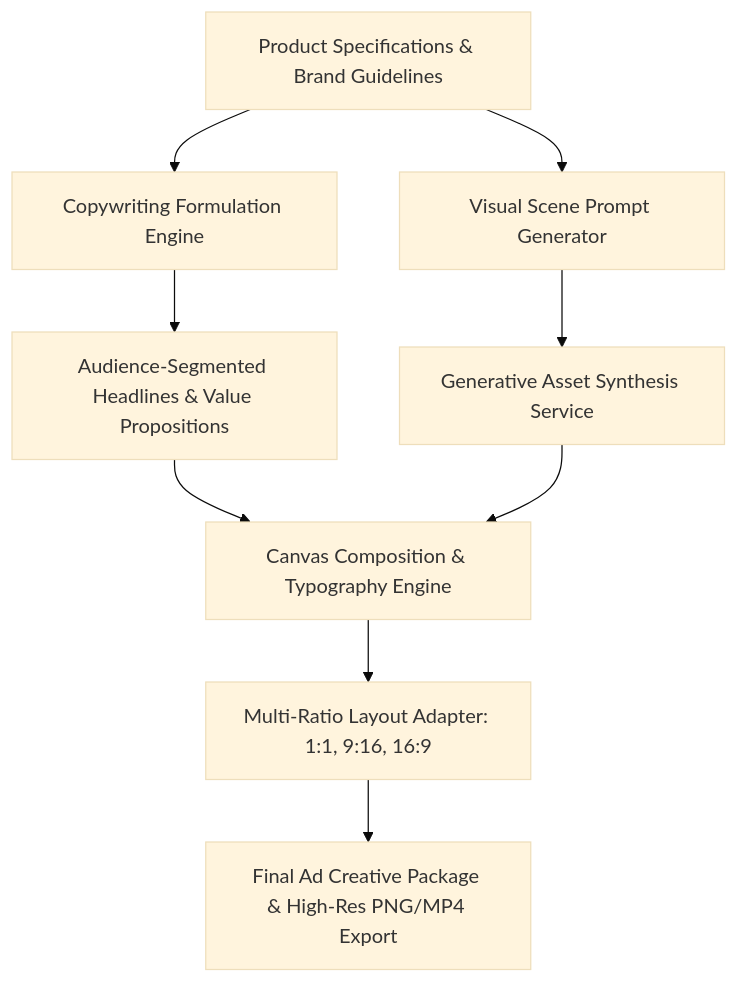
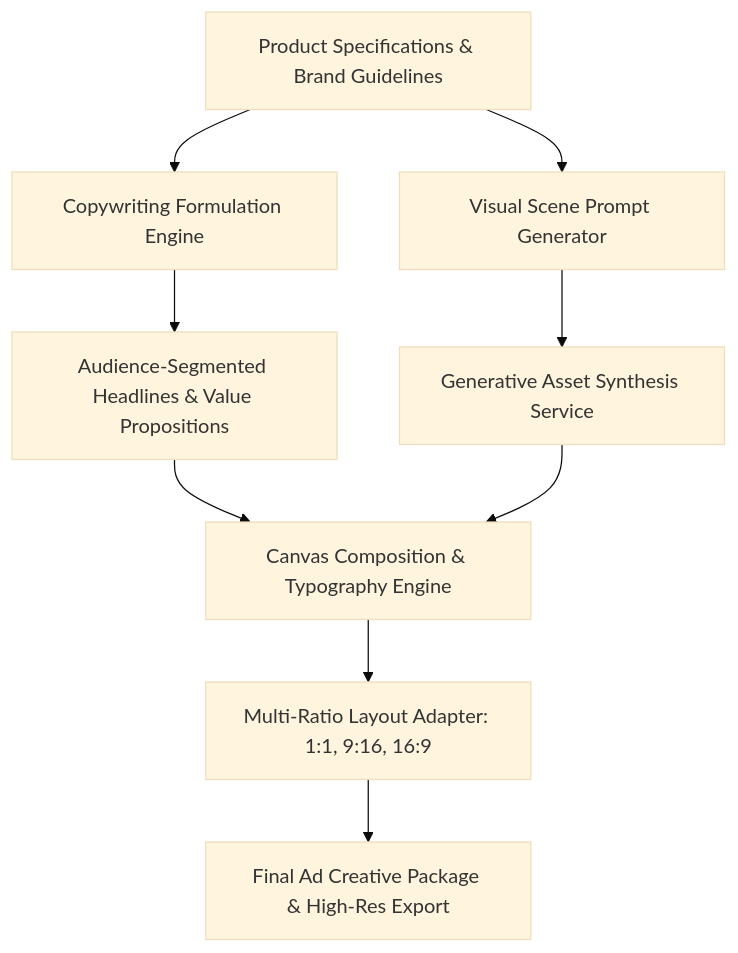
The diagram in README.md (sohailahmed-bsrh/ai-ads-maker), drawn with Mermaid (base theme) before and after one commit. The commit also changed other lines of this file, not shown here.

````diff
--- a/README.md
+++ b/README.md
@@ -48,11 +70,11 @@
 ```mermaid
 flowchart TD
     A[Product Specifications & Brand Guidelines] --> B[Copywriting Formulation Engine]
     B --> C[Audience-Segmented Headlines & Value Propositions]
     A --> D[Visual Scene Prompt Generator]
     D --> E[Generative Asset Synthesis Service]
     C --> F[Canvas Composition & Typography Engine]
     E --> F
     F --> G[Multi-Ratio Layout Adapter: 1:1, 9:16, 16:9]
-    G --> H[Final Ad Creative Package & High-Res PNG/MP4 Export]
+    G --> H[Final Ad Creative Package & High-Res Export]
 ```
````
